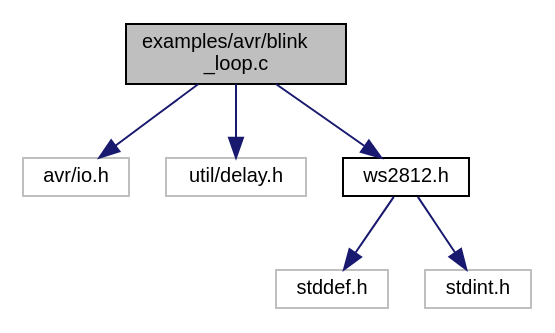
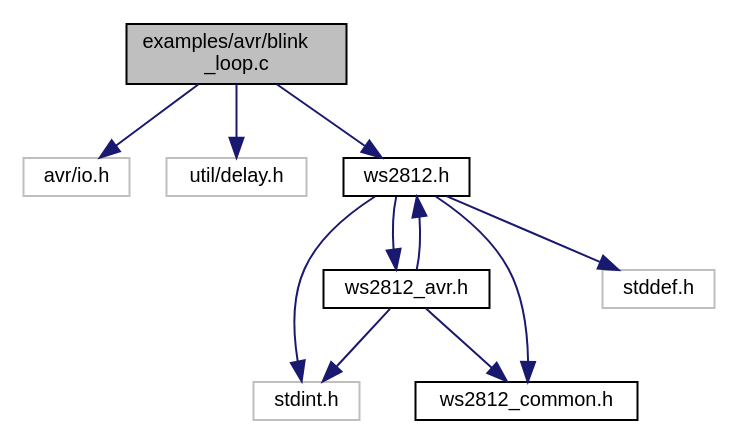
Before and after one commit to CTXz/TinyWS2812: the diagram in docs/avr_2blink__loop_8c__incl.dot, drawn with Graphviz. The commit also changed 97 other files, not shown here.

```diff
--- a/docs/avr_2blink__loop_8c__incl.dot
+++ b/docs/avr_2blink__loop_8c__incl.dot
@@ -1,17 +1,24 @@
 digraph "examples/avr/blink_loop.c"
 {
  // LATEX_PDF_SIZE
   edge [fontname="Helvetica",fontsize="10",labelfontname="Helvetica",labelfontsize="10"];
   node [fontname="Helvetica",fontsize="10",shape=record];
-  Node1 [label="examples/avr/blink\l_loop.c",height=0.2,width=0.4,color="black", fillcolor="grey75", style="filled", fontcolor="black",tooltip="Blinks one or more WS2812 strips using a more memory efficient method than the blink_array...."];
+  Node1 [label="examples/avr/blink\l_loop.c",height=0.2,width=0.4,color="black", fillcolor="grey75", style="filled", fontcolor="black",tooltip="Blinks one or more WS2812 devices using a more memory efficient method than the blink_array...."];
   Node1 -> Node2 [color="midnightblue",fontsize="10",style="solid",fontname="Helvetica"];
   Node2 [label="avr/io.h",height=0.2,width=0.4,color="grey75", fillcolor="white", style="filled",tooltip=" "];
   Node1 -> Node3 [color="midnightblue",fontsize="10",style="solid",fontname="Helvetica"];
   Node3 [label="util/delay.h",height=0.2,width=0.4,color="grey75", fillcolor="white", style="filled",tooltip=" "];
   Node1 -> Node4 [color="midnightblue",fontsize="10",style="solid",fontname="Helvetica"];
   Node4 [label="ws2812.h",height=0.2,width=0.4,color="black", fillcolor="white", style="filled",URL="$ws2812_8h.html",tooltip="Exposes the Tiny-WS2812 driver interface."];
   Node4 -> Node5 [color="midnightblue",fontsize="10",style="solid",fontname="Helvetica"];
-  Node5 [label="stddef.h",height=0.2,width=0.4,color="grey75", fillcolor="white", style="filled",tooltip=" "];
+  Node5 [label="ws2812_avr.h",height=0.2,width=0.4,color="black", fillcolor="white", style="filled",URL="$ws2812__avr_8h.html",tooltip="Provides AVR platform specific definitions."];
+  Node5 -> Node6 [color="midnightblue",fontsize="10",style="solid",fontname="Helvetica"];
+  Node6 [label="stdint.h",height=0.2,width=0.4,color="grey75", fillcolor="white", style="filled",tooltip=" "];
+  Node5 -> Node7 [color="midnightblue",fontsize="10",style="solid",fontname="Helvetica"];
+  Node7 [label="ws2812_common.h",height=0.2,width=0.4,color="black", fillcolor="white", style="filled",URL="$ws2812__common_8h.html",tooltip="Definitions required by all platform specific headers."];
+  Node5 -> Node4 [color="midnightblue",fontsize="10",style="solid",fontname="Helvetica"];
+  Node4 -> Node8 [color="midnightblue",fontsize="10",style="solid",fontname="Helvetica"];
+  Node8 [label="stddef.h",height=0.2,width=0.4,color="grey75", fillcolor="white", style="filled",tooltip=" "];
   Node4 -> Node6 [color="midnightblue",fontsize="10",style="solid",fontname="Helvetica"];
-  Node6 [label="stdint.h",height=0.2,width=0.4,color="grey75", fillcolor="white", style="filled",tooltip=" "];
+  Node4 -> Node7 [color="midnightblue",fontsize="10",style="solid",fontname="Helvetica"];
 }
```
